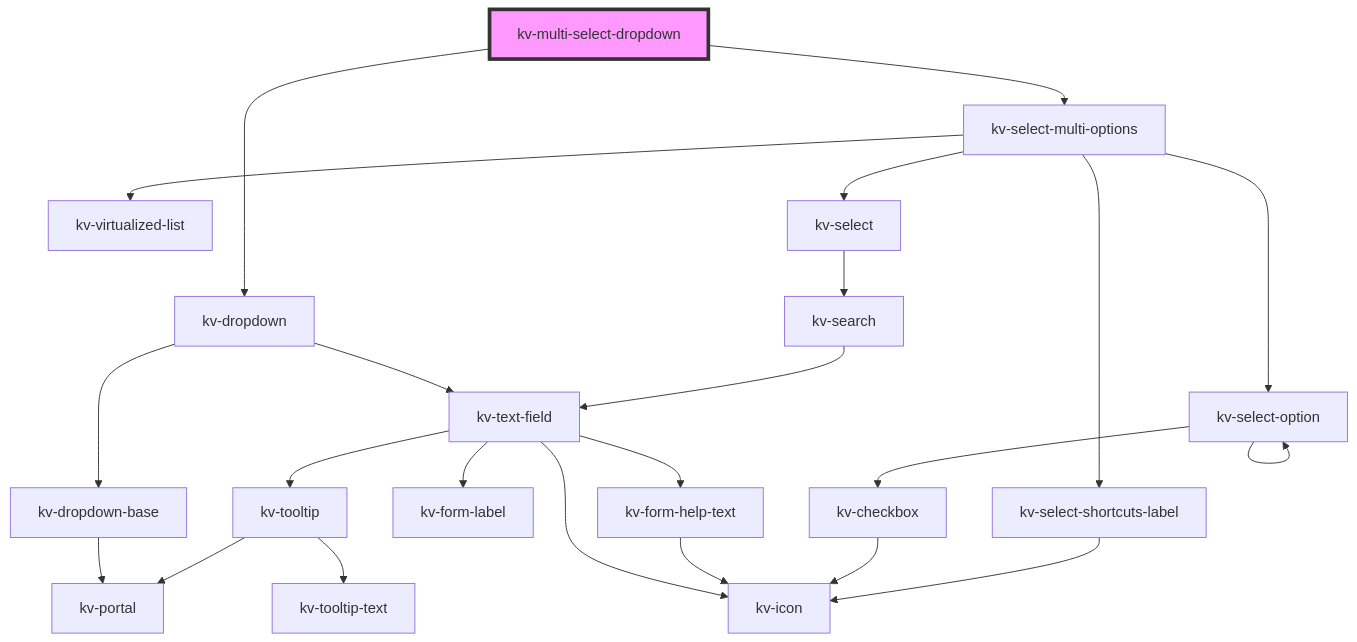
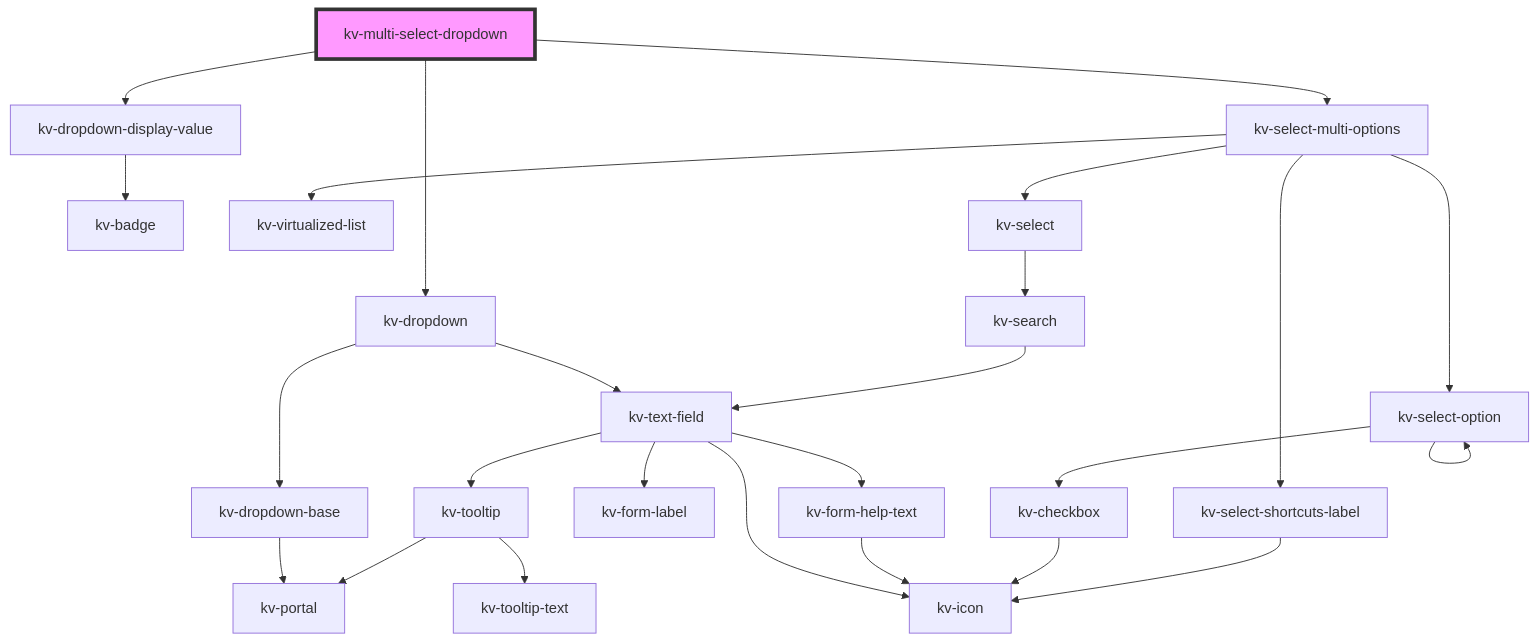
One commit to kelvininc/ui-components changed the diagram in packages/ui-components/src/components/multi-select-dropdown/readme.md. Above: the diagram before and after it, drawn with Mermaid. The commit also changed other lines of this file and 25 other files, not shown here.

Commit message:
feat(dropdowns): add display value prefix and badge

````diff
--- a/packages/ui-components/src/components/multi-select-dropdown/readme.md
+++ b/packages/ui-components/src/components/multi-select-dropdown/readme.md
@@ -111,26 +114,28 @@
 ```mermaid
 graph TD;
   kv-multi-select-dropdown --> kv-dropdown
+  kv-multi-select-dropdown --> kv-dropdown-display-value
   kv-multi-select-dropdown --> kv-select-multi-options
   kv-dropdown --> kv-dropdown-base
   kv-dropdown --> kv-text-field
   kv-dropdown-base --> kv-portal
   kv-text-field --> kv-tooltip
   kv-text-field --> kv-form-label
   kv-text-field --> kv-icon
   kv-text-field --> kv-form-help-text
   kv-tooltip --> kv-portal
   kv-tooltip --> kv-tooltip-text
   kv-form-help-text --> kv-icon
+  kv-dropdown-display-value --> kv-badge
   kv-select-multi-options --> kv-virtualized-list
   kv-select-multi-options --> kv-select-option
   kv-select-multi-options --> kv-select
   kv-select-multi-options --> kv-select-shortcuts-label
   kv-select-option --> kv-checkbox
   kv-select-option --> kv-select-option
   kv-checkbox --> kv-icon
   kv-select --> kv-search
   kv-search --> kv-text-field
   kv-select-shortcuts-label --> kv-icon
   style kv-multi-select-dropdown fill:#f9f,stroke:#333,stroke-width:4px
 ```
````
